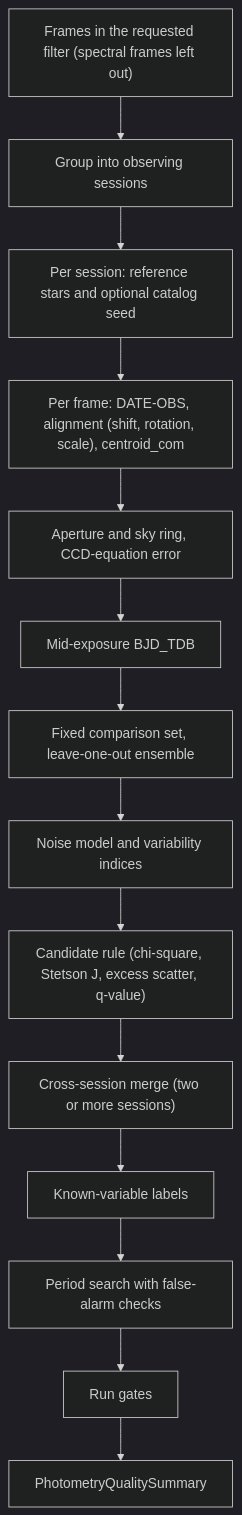
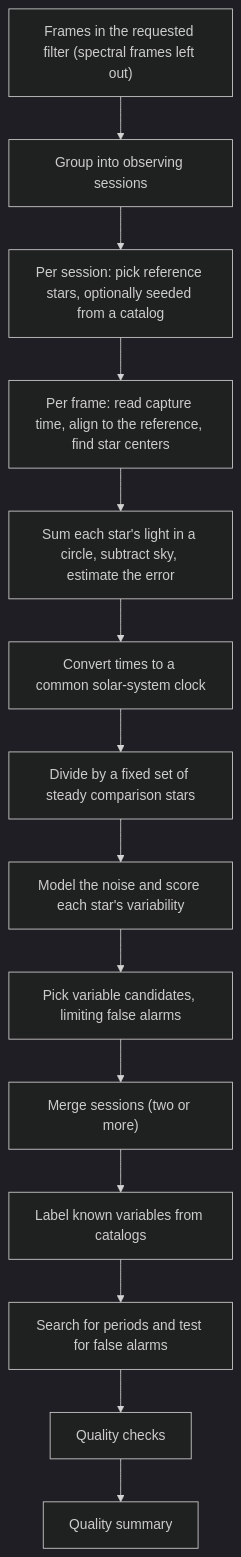
Before and after one commit to m1chae2/astrometrics: the diagram in documentation/library_design/pipelines/photometry.md, drawn with Mermaid (dark theme). The commit also changed other lines of this file and 37 other files, not shown here.

````diff
--- a/documentation/library_design/pipelines/photometry.md
+++ b/documentation/library_design/pipelines/photometry.md
@@ -19,16 +43,16 @@
 ```mermaid
 flowchart TD
     A["Frames in the requested filter (spectral frames left out)"] --> B["Group into observing sessions"]
-    B --> C["Per session: reference stars and optional catalog seed"]
-    C --> D["Per frame: DATE-OBS, alignment (shift, rotation, scale), centroid_com"]
-    D --> E["Aperture and sky ring, CCD-equation error"]
-    E --> F["Mid-exposure BJD_TDB"]
-    F --> G["Fixed comparison set, leave-one-out ensemble"]
-    G --> H["Noise model and variability indices"]
-    H --> I["Candidate rule (chi-square, Stetson J, excess scatter, q-value)"]
-    I --> J["Cross-session merge (two or more sessions)"]
-    J --> K["Known-variable labels"]
-    K --> L["Period search with false-alarm checks"]
-    L --> M["Run gates"]
-    M --> N["PhotometryQualitySummary"]
+    B --> C["Per session: pick reference stars, optionally seeded from a catalog"]
+    C --> D["Per frame: read capture time, align to the reference, find star centers"]
+    D --> E["Sum each star's light in a circle, subtract sky, estimate the error"]
+    E --> F["Convert times to a common solar-system clock"]
+    F --> G["Divide by a fixed set of steady comparison stars"]
+    G --> H["Model the noise and score each star's variability"]
+    H --> I["Pick variable candidates, limiting false alarms"]
+    I --> J["Merge sessions (two or more)"]
+    J --> K["Label known variables from catalogs"]
+    K --> L["Search for periods and test for false alarms"]
+    L --> M["Quality checks"]
+    M --> N["Quality summary"]
 ```
````
